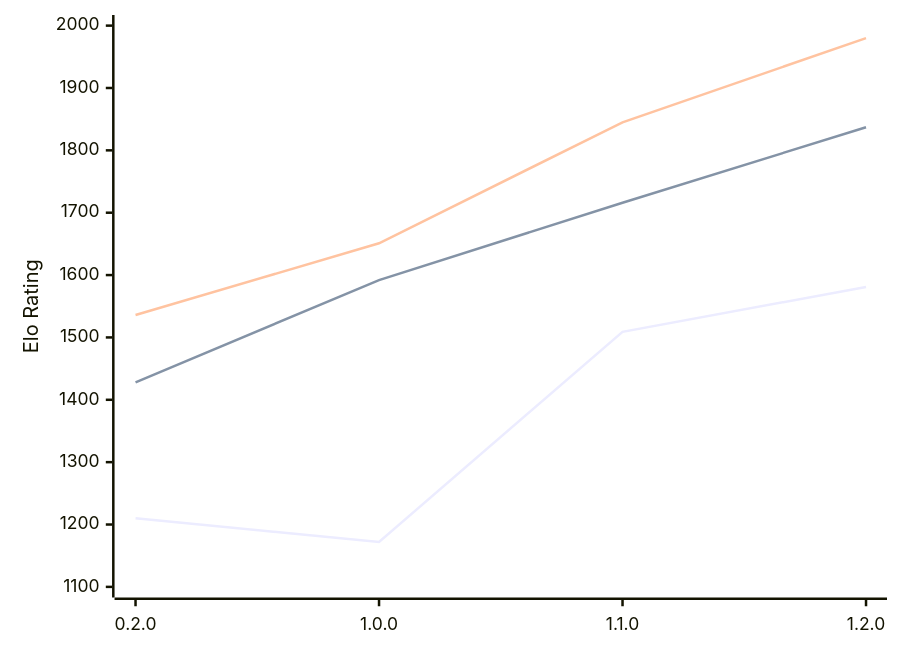
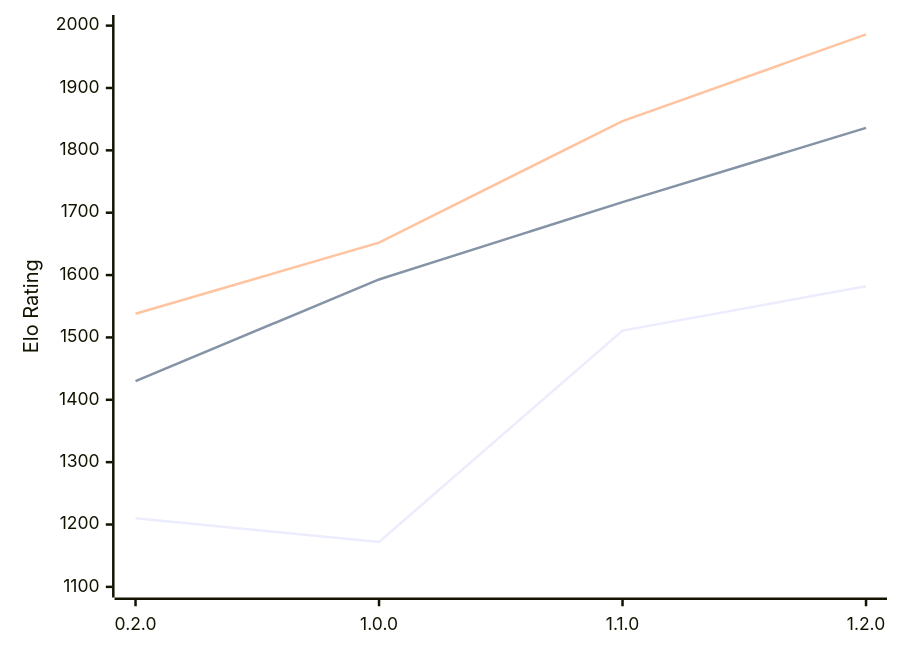
The diagram in engines/Zeppelin.md (computer-chess-index/cci), drawn with Mermaid before and after one commit. The commit also changed other lines of this file, not shown here.

Commit message:
Update CCI Ratings (ELO VLTC) - 2026-02-13

````diff
--- a/engines/Zeppelin.md
+++ b/engines/Zeppelin.md
@@ -33,9 +33,9 @@
 ```mermaid
 %%{init: {"theme":"base","themeVariables":{"seriesColors:['#a3a3a3','#222221','#faa371']}}}%%
 xychart-beta
   x-axis ["0.2.0", "1.0.0", "1.1.0", "1.2.0"]
   y-axis "Elo Rating" 1100 --> 2000
-  line "STC (8.0+0.08s)" [1210, 1172, 1509, 1581]
-  line "LTC (60.0+0.60s)" [1428, 1592, 1716, 1837]
-  line "VLTC (2m24s+1.12s)" [1536, 1651, 1845, 1980]
+  line "STC (8.0+0.08s)" [1210, 1172, 1511, 1582]
+  line "LTC (60.0+0.60s)" [1430, 1593, 1717, 1836]
+  line "VLTC (2m24s+1.12s)" [1538, 1652, 1847, 1986]
 ```
````
